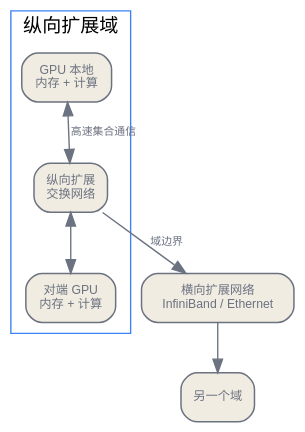
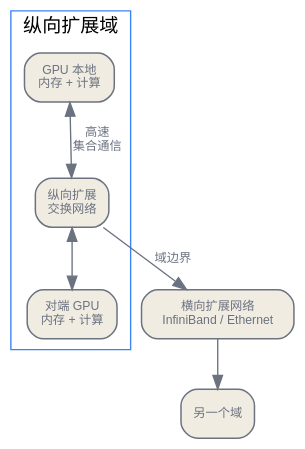
The second of 2 diagrams in zh/infrastructure/05-the-compute-frontier.qmd (latere-ai/ai-as-an-infrastructure), drawn with Graphviz before and after one commit. The commit also changed 1 other file, not shown here.

Commit message:
infrastructure: scale-up domain labels clear the cluster border at 9 pt

````diff
--- a/zh/infrastructure/05-the-compute-frontier.qmd
+++ b/zh/infrastructure/05-the-compute-frontier.qmd
@@ -112,26 +112,26 @@
 ```{dot}
 //| label: fig-compute-frontier-domain
 //| fig-cap: "多节点纵向扩展网络扩大了高速局部域，但软件仍要把进程组与集合通信映射到物理链路。越过横向扩展边界后，性能与故障行为都会改变。"
 digraph domain {
   rankdir=TB;
   bgcolor="transparent";
   node [shape=box, style="rounded,filled", fontname="Helvetica", fontsize=9,
         color="#6b7280", fontcolor="#6b7280", fillcolor="#f1ece1", penwidth=1.1];
-  edge [fontname="Helvetica", fontsize=8, color="#6b7280", fontcolor="#6b7280"];
+  edge [fontname="Helvetica", fontsize=9, color="#6b7280", fontcolor="#6b7280"];
 
   graph [compound=true, pad=0.04, nodesep=0.22];
   subgraph cluster_up {
     label="纵向扩展域";
     color="#3b82f6";
     gpu1 [label="GPU 本地\n内存 + 计算"];
     sw [label="纵向扩展\n交换网络"];
     gpu2 [label="对端 GPU\n内存 + 计算"];
-    gpu1 -> sw [dir=both, label="高速集合通信"];
+    gpu1 -> sw [dir=both, label="高速\n集合通信"];
     sw -> gpu2 [dir=both];
   }
   out [label="横向扩展网络\nInfiniBand / Ethernet"];
   peer [label="另一个域"];
   sw -> out [label="域边界"];
   out -> peer;
 }
 ```
````
